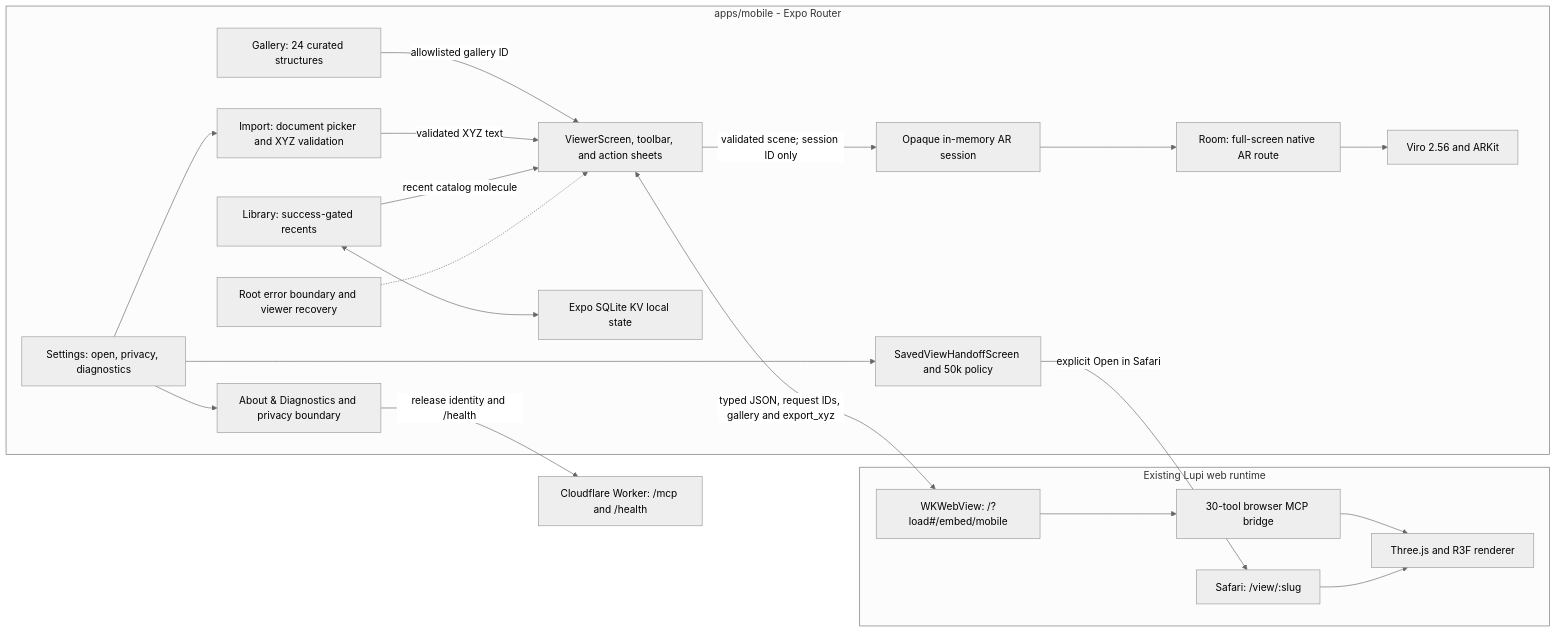
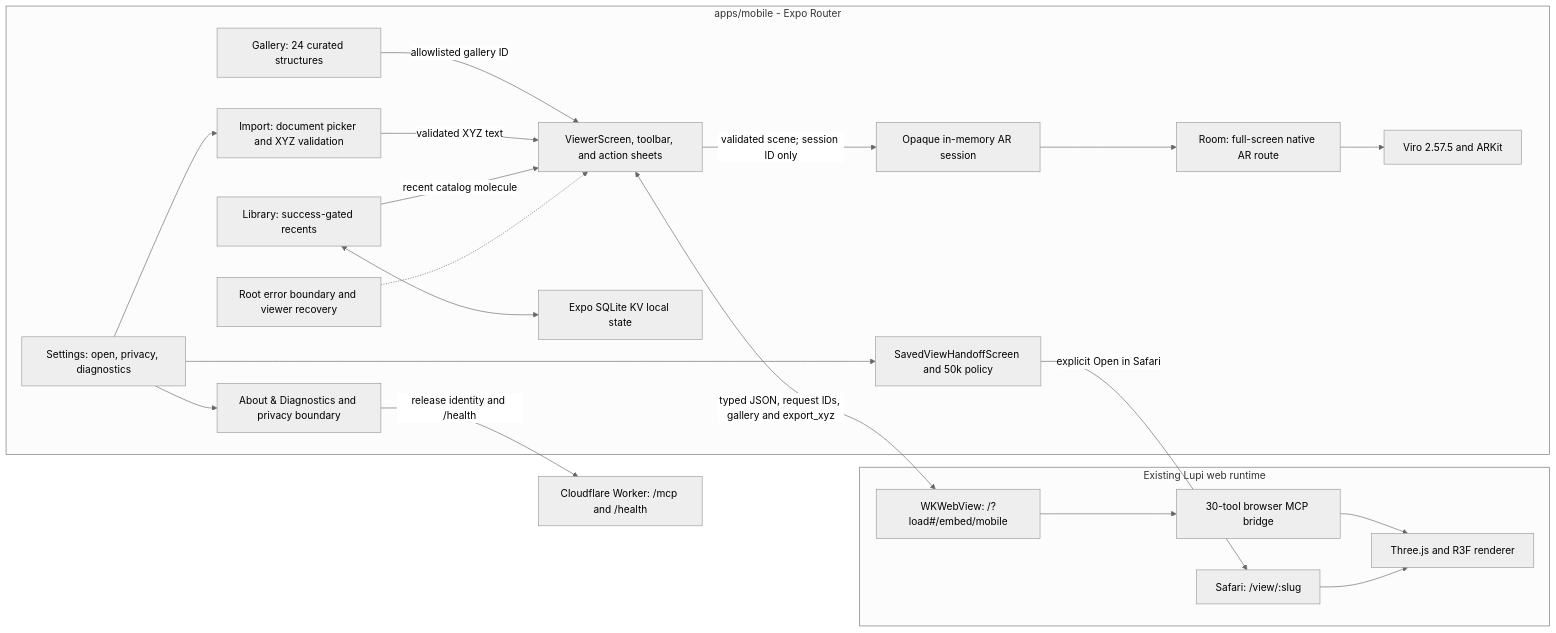
Before and after one commit to alexwelcing/Lupi: the diagram in docs/mobile-expo.md, drawn with Mermaid (neutral theme). The commit also changed other lines of this file and 6 other files, not shown here.

````diff
--- a/docs/mobile-expo.md
+++ b/docs/mobile-expo.md
@@ -111,41 +111,41 @@
 ```mermaid
 flowchart LR
   subgraph Native["apps/mobile - Expo Router"]
     Gallery["Gallery: 24 curated structures"]
     Import["Import: document picker and XYZ validation"]
     Library["Library: success-gated recents"]
     Settings["Settings: open, privacy, diagnostics"]
     Viewer["ViewerScreen, toolbar, and action sheets"]
     ARRoute["Room: full-screen native AR route"]
     ARSession["Opaque in-memory AR session"]
-    ARKit["Viro 2.56 and ARKit"]
+    ARKit["Viro 2.57.5 and ARKit"]
     Saved["SavedViewHandoffScreen and 50k policy"]
     Diagnostics["About & Diagnostics and privacy boundary"]
     Recovery["Root error boundary and viewer recovery"]
     Store["Expo SQLite KV local state"]
   end
 
   subgraph Web["Existing Lupi web runtime"]
     WebView["WKWebView: /?load#/embed/mobile"]
     Safari["Safari: /view/:slug"]
     BrowserBridge["30-tool browser MCP bridge"]
     Renderer["Three.js and R3F renderer"]
   end
 
   Edge["Cloudflare Worker: /mcp and /health"]
 
   Gallery -->|"allowlisted gallery ID"| Viewer
   Settings --> Import
   Import -->|"validated XYZ text"| Viewer
   Library <--> Store
   Library -->|"recent catalog molecule"| Viewer
   Settings --> Saved
   Settings --> Diagnostics
   Diagnostics -->|"release identity and /health"| Edge
   Saved -->|"explicit Open in Safari"| Safari
   Viewer <-->|"typed JSON, request IDs, gallery and export_xyz"| WebView
   Viewer -->|"validated scene; session ID only"| ARSession --> ARRoute --> ARKit
   Recovery -.-> Viewer
   WebView --> BrowserBridge --> Renderer
   Safari --> Renderer
 ```
````
